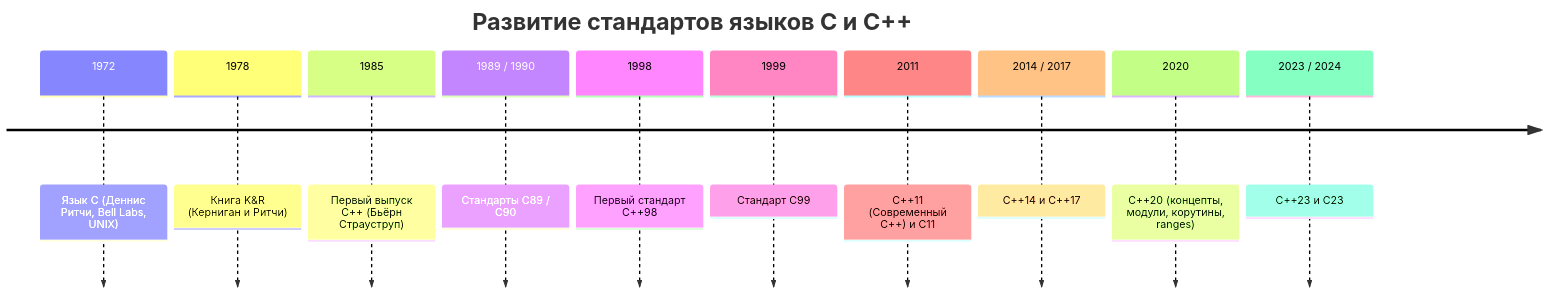
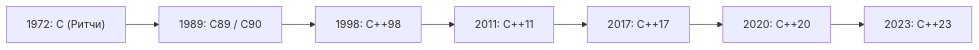
Before and after one commit to bprm60-del/ITMO_IS_lectory: the second of 4 diagrams in ОсновыПлюсов/Основы C++ вводная лекция.md, drawn with Mermaid. The commit also changed other lines of this file and 4 other files, not shown here.

````diff
--- a/ОсновыПлюсов/Основы C++ вводная лекция.md
+++ b/ОсновыПлюсов/Основы C++ вводная лекция.md
@@ -96,14 +97,9 @@
 ```mermaid
-timeline
-    title Развитие стандартов языков C и C++
-    1972 : Язык C (Деннис Ритчи, Bell Labs, UNIX)
-    1978 : Книга K&R (Керниган и Ритчи)
-    1985 : Первый выпуск C++ (Бьёрн Страуструп)
-    1989 / 1990 : Стандарты C89 / C90
-    1998 : Первый стандарт C++98
-    1999 : Стандарт C99
-    2011 : C++11 (Современный C++) и C11
-    2014 / 2017 : C++14 и C++17
-    2020 : C++20 (концепты, модули, корутины, ranges)
-    2023 / 2024 : C++23 и C23
+graph LR
+    C72["1972: C (Ритчи)"] --> C89["1989: C89 / C90"]
+    C89 --> CPP98["1998: C++98"]
+    CPP98 --> CPP11["2011: C++11"]
+    CPP11 --> CPP17["2017: C++17"]
+    CPP17 --> CPP20["2020: C++20"]
+    CPP20 --> CPP23["2023: C++23"]
 ```
````
